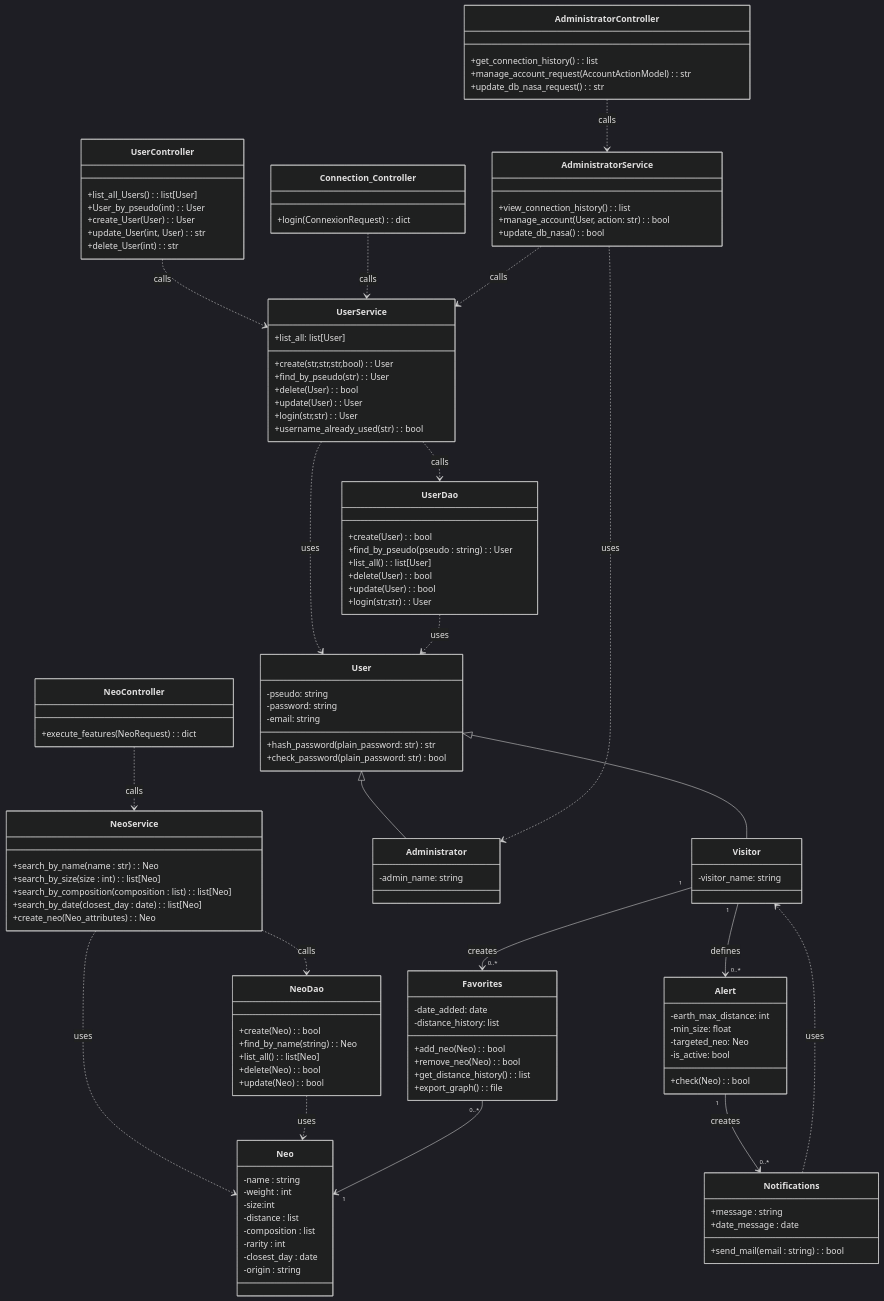
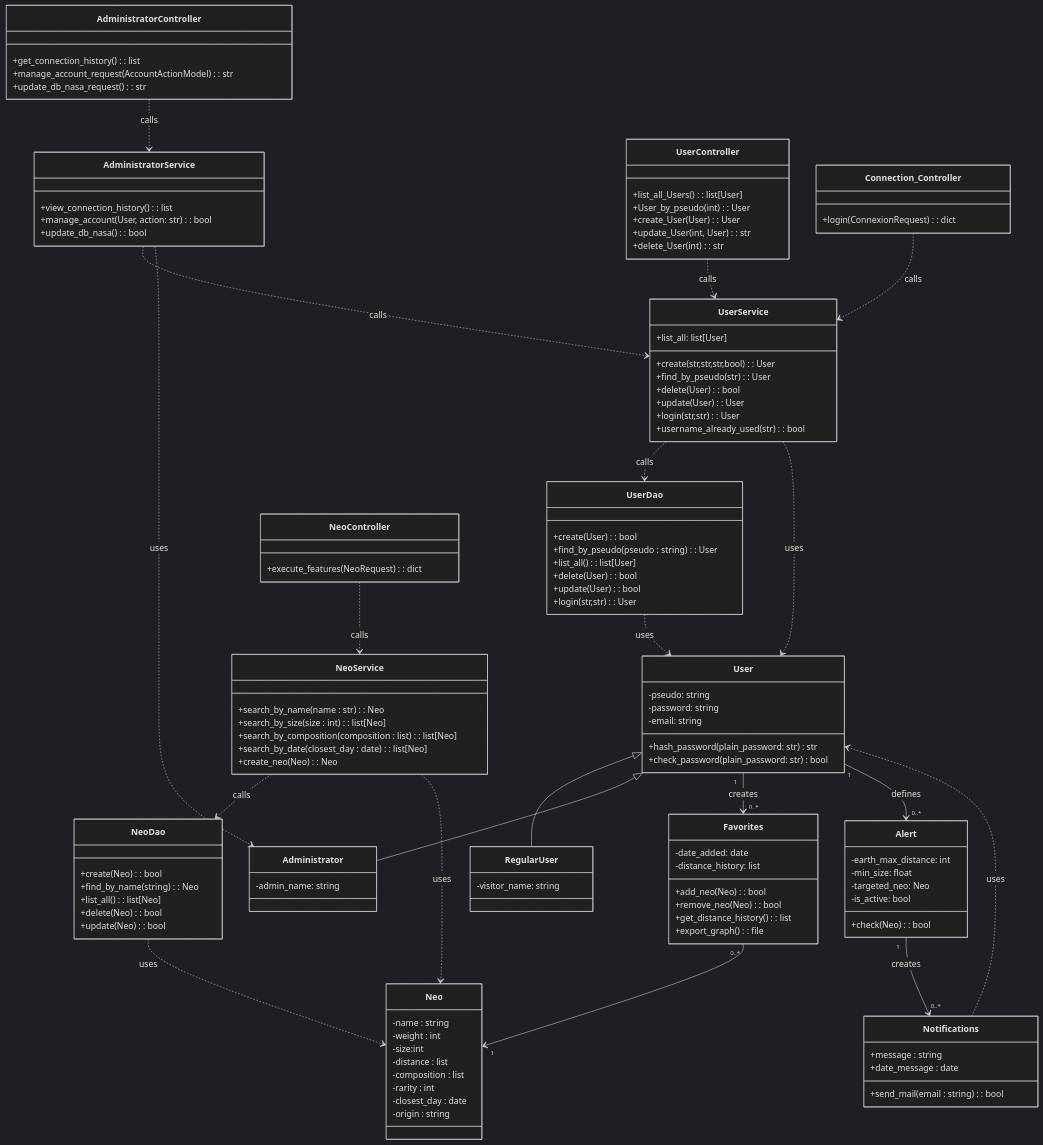
The diagram in doc/class_diagram.md (tristancabre/Projet-info-2A), drawn with Mermaid (dark theme) before and after one commit. The commit also changed 1 other file, not shown here.

Commit message:
minor changes on the class diagramm

````diff
--- a/doc/class_diagram.md
+++ b/doc/class_diagram.md
@@ -25,7 +25,7 @@
         +hash_password(plain_password: str) str
         +check_password(plain_password: str) bool
     }
-    class Visitor {
+    class RegularUser {
         -visitor_name: string
     }
     class Administrator {
@@ -89,7 +89,7 @@
         +search_by_size(size : int): list[Neo]
         +search_by_composition (composition : list) : list[Neo]
         +search_by_date (closest_day : date): list[Neo]
-        +create_neo(Neo_attributes): Neo
+        +create_neo(Neo): Neo
     }
     
     class UserController {
@@ -132,7 +132,7 @@
     }
 
     %% Relationships
-    User <|-- Visitor
+    User <|-- RegularUser
     User <|-- Administrator
     UserService ..> UserDao : calls
     UserService ..> User : uses
@@ -146,10 +146,10 @@
     NeoService ..> Neo : uses
     NeoDao ..> Neo : uses
     NeoController ..> NeoService : calls
-    Visitor "1" --> "0..*" Favorites : creates
+    User "1" --> "0..*" Favorites : creates
     Favorites "0..*" --> "1" Neo
-    Notifications ..> Visitor : uses
-    Visitor "1" --> "0..*" Alert : defines
+    Notifications ..> User : uses
+    User "1" --> "0..*" Alert : defines
     Alert "1" --> "0..*" Notifications : creates
 
 ```
````
